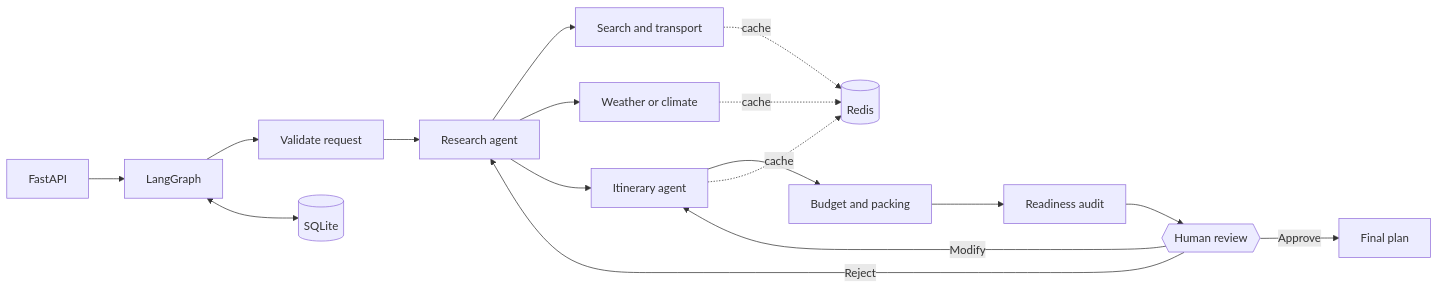
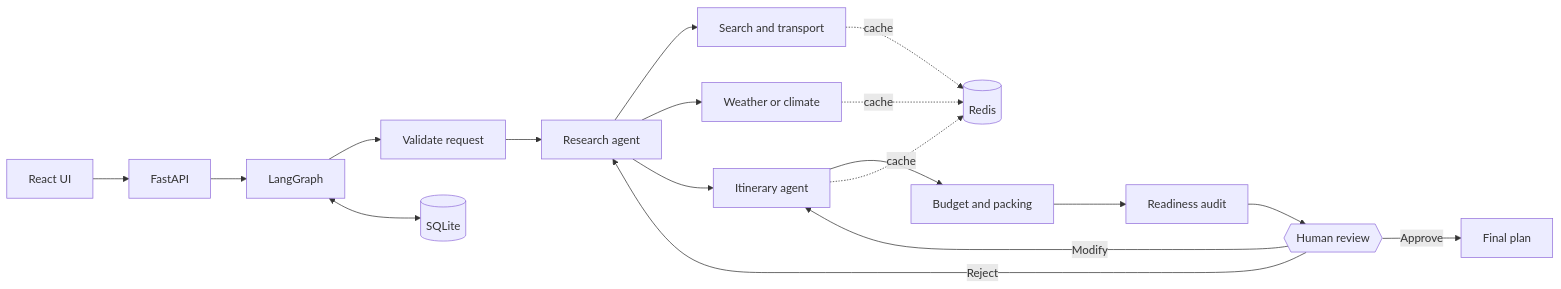
The diagram in README.md (Deltan2002/TravelPlannerAgent), drawn with Mermaid before and after one commit. The commit also changed other lines of this file and 19 other files, not shown here.

```diff
--- a/README.md
+++ b/README.md
@@ -23,19 +23,20 @@
 ~~~mermaid
 flowchart LR
-    API[FastAPI] --> GRAPH[LangGraph]
+    UI[React UI] --> API[FastAPI]
+    API --> GRAPH[LangGraph]
     GRAPH --> VALIDATE[Validate request]
     VALIDATE --> RESEARCH[Research agent]
     RESEARCH --> SEARCH[Search and transport]
     RESEARCH --> WEATHER[Weather or climate]
     RESEARCH --> PLAN[Itinerary agent]
     PLAN --> TOOLS[Budget and packing]
     TOOLS --> AUDIT[Readiness audit]
     AUDIT --> REVIEW{{Human review}}
     REVIEW -->|Approve| FINAL[Final plan]
     REVIEW -->|Reject| RESEARCH
     REVIEW -->|Modify| PLAN
     GRAPH <--> SQLITE[(SQLite)]
     SEARCH -. cache .-> REDIS[(Redis)]
     WEATHER -. cache .-> REDIS
     PLAN -. cache .-> REDIS
 ~~~
```
